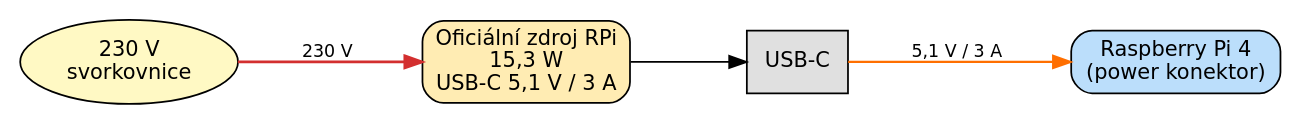
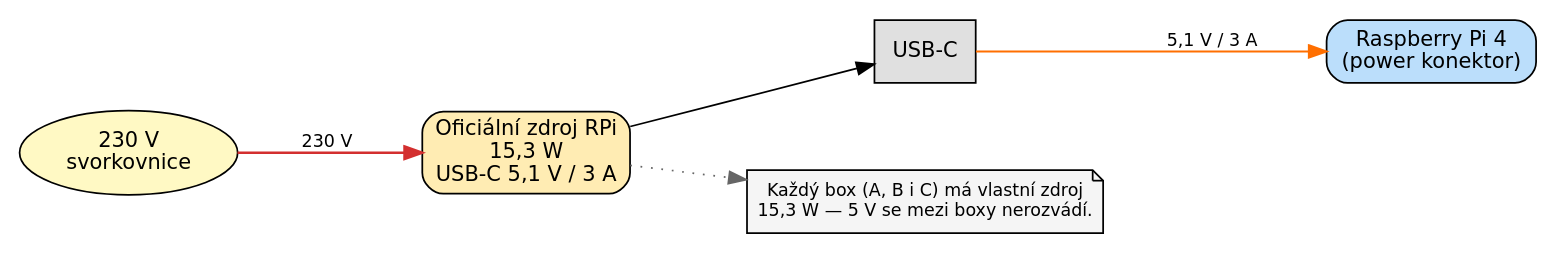
The diagram in docs/dot/sch_03_power_supply.dot (K0F/1938_ABC), drawn with Graphviz before and after one commit. The commit also changed 6 other files, not shown here.

First line of the commit message:
docs: diagrams show each box has own 15.3W PSU

```diff
--- a/docs/dot/sch_03_power_supply.dot
+++ b/docs/dot/sch_03_power_supply.dot
@@ -1,15 +1,18 @@
 // SCH §2.2 — Napájení Pi 4
 digraph G {
     graph [fontname="DejaVu Sans" rankdir=LR bgcolor="white" nodesep=0.7 ranksep=0.9];
 node [fontname="DejaVu Sans" fontsize=12 style="filled"];
 edge [fontname="DejaVu Sans" fontsize=10];
 
 svorkovnice [label="230 V\nsvorkovnice" shape=oval fillcolor="#fff9c4"];
 zdroj [label="Oficiální zdroj RPi\n15,3 W\nUSB-C 5,1 V / 3 A" shape=box style="filled,rounded" fillcolor="#ffecb3"];
 usbc [label="USB-C" shape=box fillcolor="#e0e0e0" width=0.8];
 pi4 [label="Raspberry Pi 4\n(power konektor)" shape=box style="filled,rounded" fillcolor="#bbdefb"];
 
 svorkovnice -> zdroj [label="  230 V  " color="#d32f2f" penwidth=1.5];
 zdroj -> usbc;
 usbc -> pi4 [label="  5,1 V / 3 A  " color="#ff6f00" penwidth=1.2];
+
+note [label="Každý box (A, B i C) má vlastní zdroj\n15,3 W — 5 V se mezi boxy nerozvádí." shape=note fillcolor="#f5f5f5" fontsize=10];
+zdroj -> note [style=dotted color="#666666"];
 }
```
